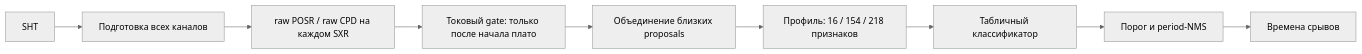
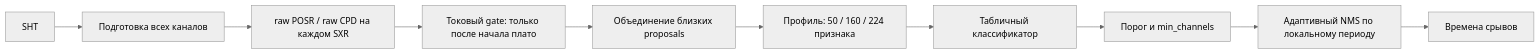
Before and after one commit to baru1ina/SXR-detection: the diagram in docs/feature-ml-complete-guide.md, drawn with Mermaid (neutral theme). The commit also changed other lines of this file and 22 other files, not shown here.

````diff
--- a/docs/feature-ml-complete-guide.md
+++ b/docs/feature-ml-complete-guide.md
@@ -40,11 +42,12 @@
 ```mermaid
 flowchart LR
     A[SHT] --> B[Подготовка всех каналов]
     B --> C[raw POSR / raw CPD на каждом SXR]
     C --> D[Токовый gate: только после начала плато]
     D --> E[Объединение близких proposals]
-    E --> I[Профиль: 16 / 154 / 218 признаков]
+    E --> I[Профиль: 50 / 160 / 224 признака]
     I --> F[Табличный классификатор]
-    F --> G[Порог и period-NMS]
-    G --> H[Времена срывов]
+    F --> G[Порог и min_channels]
+    G --> J[Адаптивный NMS по локальному периоду]
+    J --> H[Времена срывов]
 ```
````
